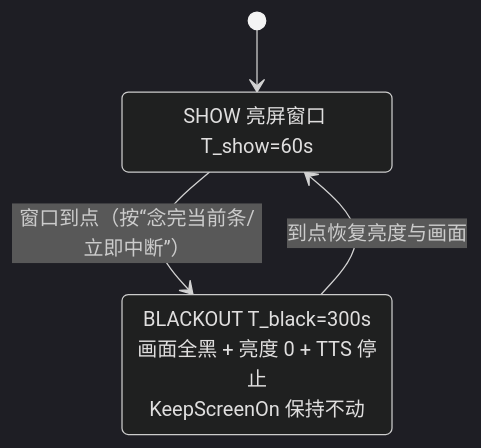
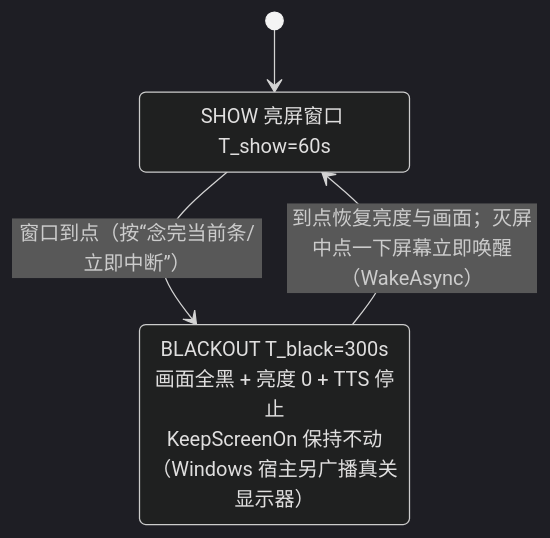
The second of 2 diagrams in news-board.plan.md (isharrrry/newsboard), drawn with Mermaid (dark theme) before and after one commit. The commit also changed other lines of this file and 3 other files, not shown here.

Commit message:
文档：新建 README（使用者说明）+ plan 对齐实现（§4 配置清单/§6.6 正文与配图/§8 注/§10 R3b-R6/§14 第三轮迭代）+ AGENTS 文档纪律 + 环境报告复核（含真机）

````diff
--- a/news-board.plan.md
+++ b/news-board.plan.md
@@ -247,8 +276,8 @@
 ```mermaid
 stateDiagram-v2
   [*] --> SHOW
   SHOW: SHOW 亮屏窗口 T_show=60s
   SHOW --> BLACKOUT: 窗口到点（按“念完当前条/立即中断”）
-  BLACKOUT: BLACKOUT T_black=300s<br/>画面全黑 + 亮度 0 + TTS 停止<br/>KeepScreenOn 保持不动
-  BLACKOUT --> SHOW: 到点恢复亮度与画面
+  BLACKOUT: BLACKOUT T_black=300s<br/>画面全黑 + 亮度 0 + TTS 停止<br/>KeepScreenOn 保持不动<br/>（Windows 宿主另广播真关显示器）
+  BLACKOUT --> SHOW: 到点恢复亮度与画面；灭屏中点一下屏幕立即唤醒（WakeAsync）
 ```
````
